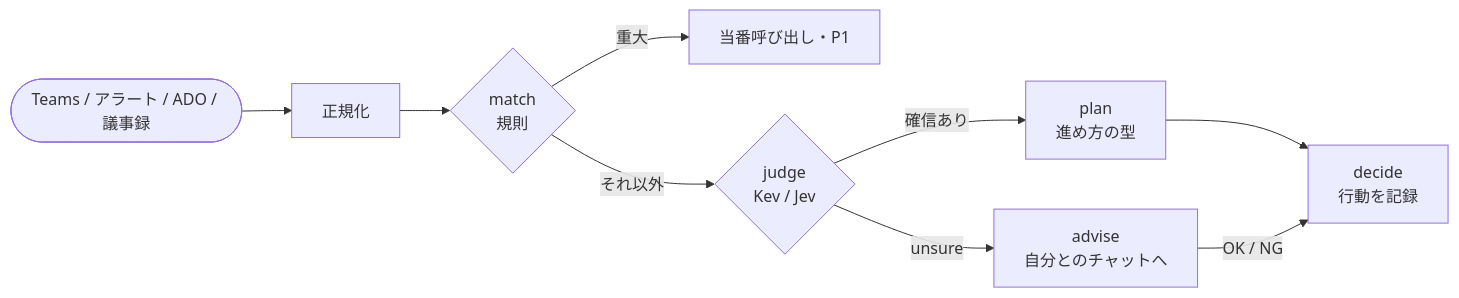
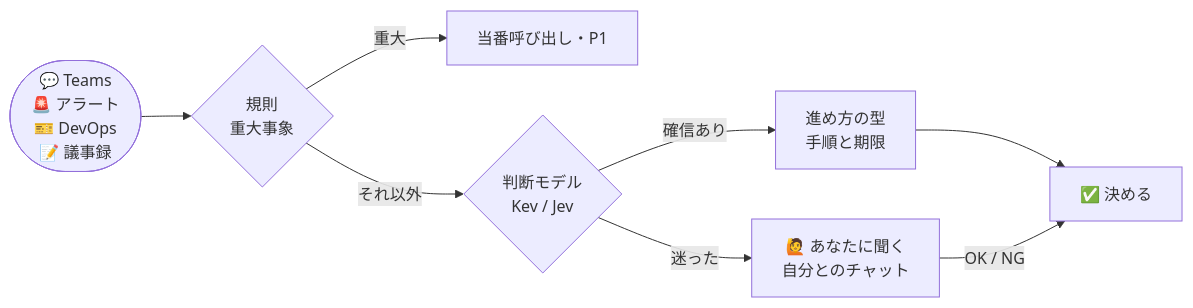
Before and after one commit to awano27/pm-decision: the diagram in README.md, drawn with Mermaid. The commit also changed other lines of this file and 1 other file, not shown here.

````diff
--- a/README.md
+++ b/README.md
@@ -35,11 +47,10 @@
 ```mermaid
 flowchart LR
-    E([Teams / アラート / ADO / 議事録]) --> N[正規化]
-    N --> M{match<br/>規則}
+    E([💬 Teams<br/>🚨 アラート<br/>🎫 DevOps<br/>📝 議事録]) --> M{規則<br/>重大事象}
     M -- 重大 --> P1[当番呼び出し・P1]
-    M -- それ以外 --> J{judge<br/>Kev / Jev}
-    J -- 確信あり --> PL[plan<br/>進め方の型]
-    PL --> D[decide<br/>行動を記録]
-    J -- unsure --> A[advise<br/>自分とのチャットへ]
+    M -- それ以外 --> J{判断モデル<br/>Kev / Jev}
+    J -- 確信あり --> PL[進め方の型<br/>手順と期限]
+    PL --> D[✅ 決める]
+    J -- 迷った --> A[🙋 あなたに聞く<br/>自分とのチャット]
     A -- OK / NG --> D
 ```
````
